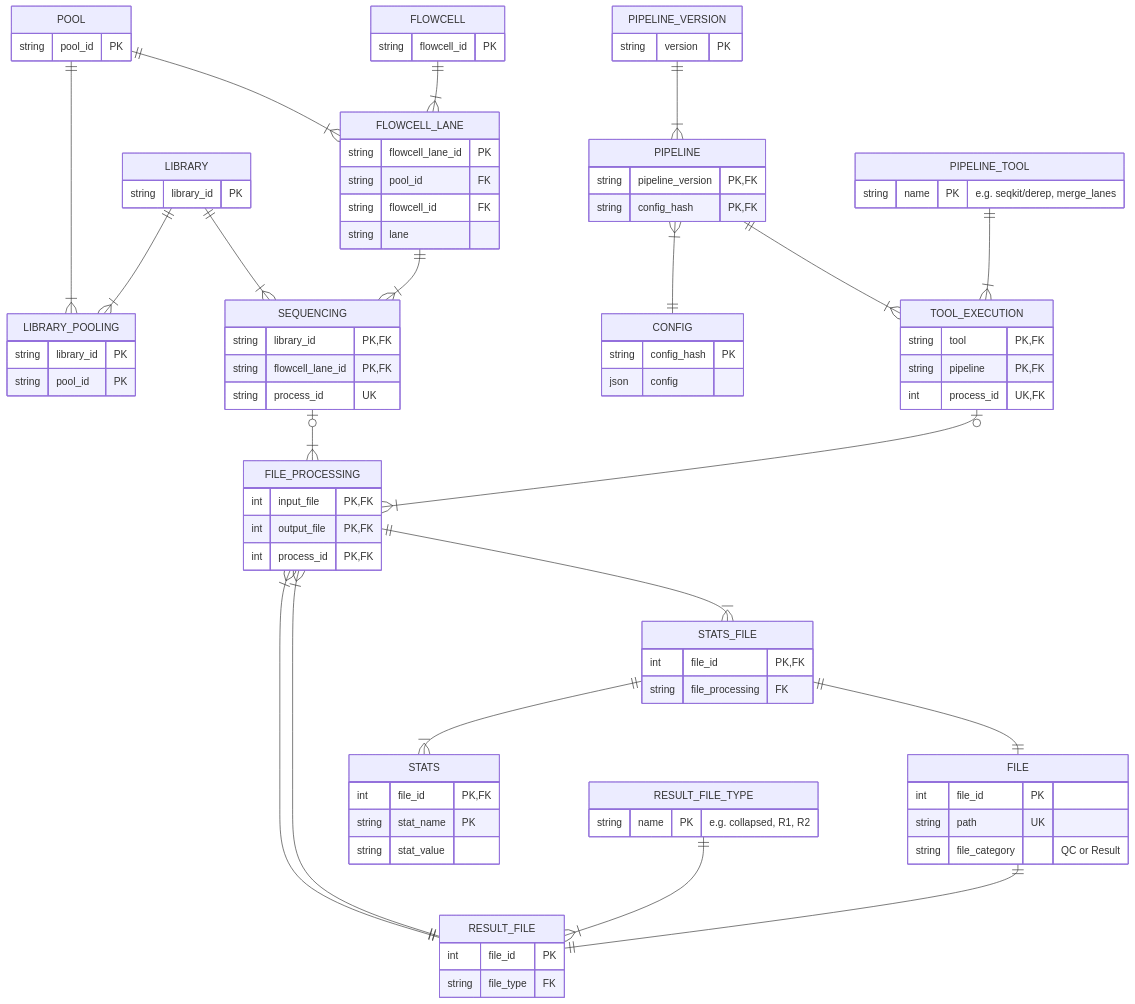
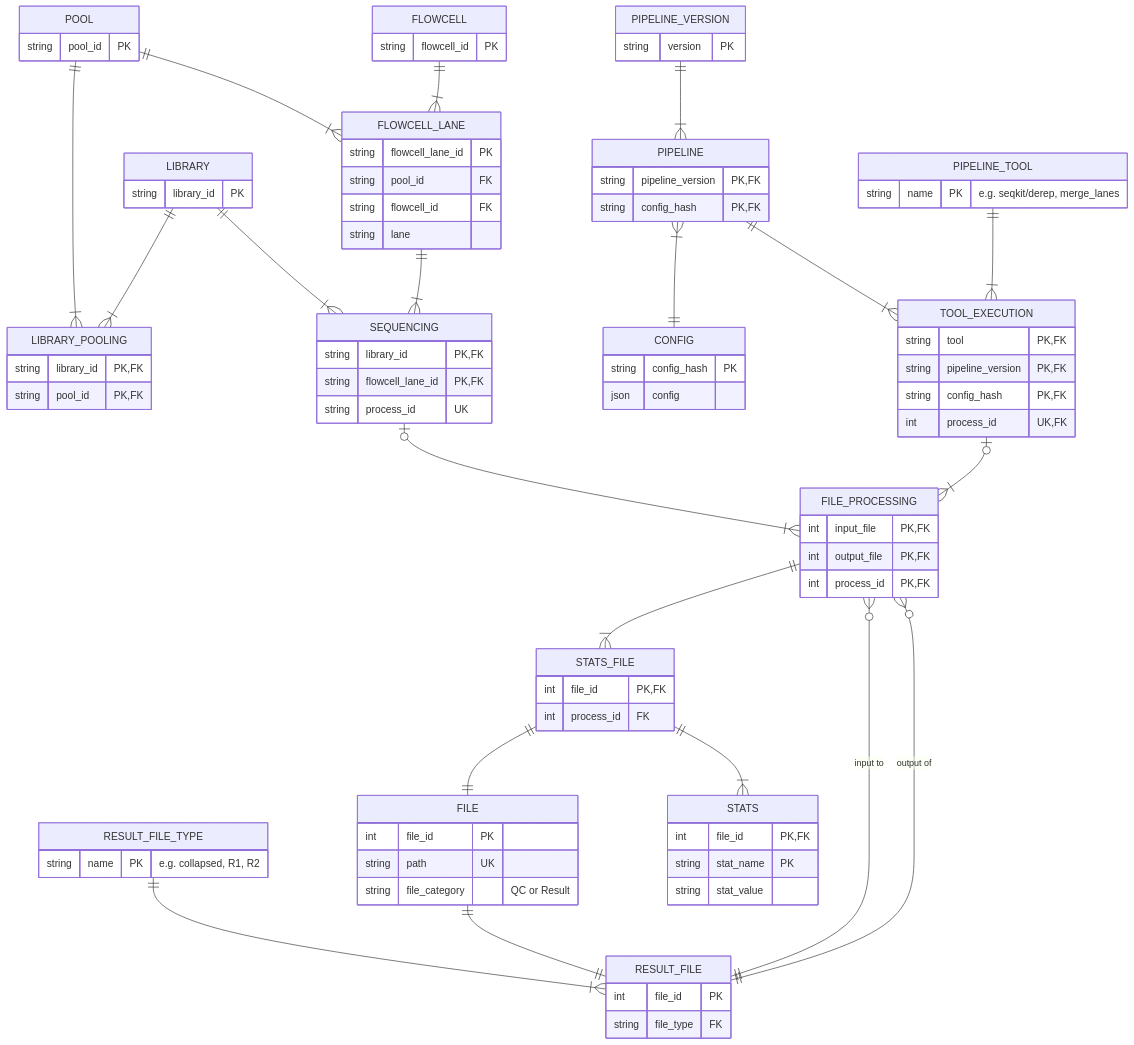
The diagram in diagrams/main diagrams/magnus/file_models/fully_normalized_v1.md (GeoGenetics/qc-parser), drawn with Mermaid before and after one commit. The commit also changed 2 other files, not shown here.

Commit message:
fixes inconsistent names

```diff
--- a/diagrams/main diagrams/magnus/file_models/fully_normalized_v1.md
+++ b/diagrams/main diagrams/magnus/file_models/fully_normalized_v1.md
@@ -19,8 +19,8 @@
     PIPELINE ||--|{ TOOL_EXECUTION : ""
     TOOL_EXECUTION o|--|{ FILE_PROCESSING : ""
     PIPELINE_TOOL ||--|{ TOOL_EXECUTION : ""
-    FILE_PROCESSING  }|--|| RESULT_FILE : ""
-    FILE_PROCESSING  }|--|| RESULT_FILE : ""
+    RESULT_FILE ||--o{ FILE_PROCESSING : "input to"
+    RESULT_FILE ||--o{ FILE_PROCESSING : "output of"
     RESULT_FILE_TYPE ||--|{ RESULT_FILE : ""
     FILE ||--|| RESULT_FILE : ""
     STATS_FILE ||--|| FILE : ""
@@ -66,8 +66,8 @@
     }
 
     LIBRARY_POOLING {
-        string library_id PK
-        string pool_id PK
+        string library_id PK, FK
+        string pool_id PK, FK
     }
 
     CONFIG { 
@@ -97,13 +97,14 @@
 
     TOOL_EXECUTION {
         string tool PK, FK
-        string pipeline PK, FK
+        string pipeline_version PK, FK
+        string config_hash PK, FK
         int process_id UK, FK
     }
 
     STATS_FILE {
         int file_id PK, FK
-        string file_processing FK
+        int process_id FK
     }
 
     FILE {
```
